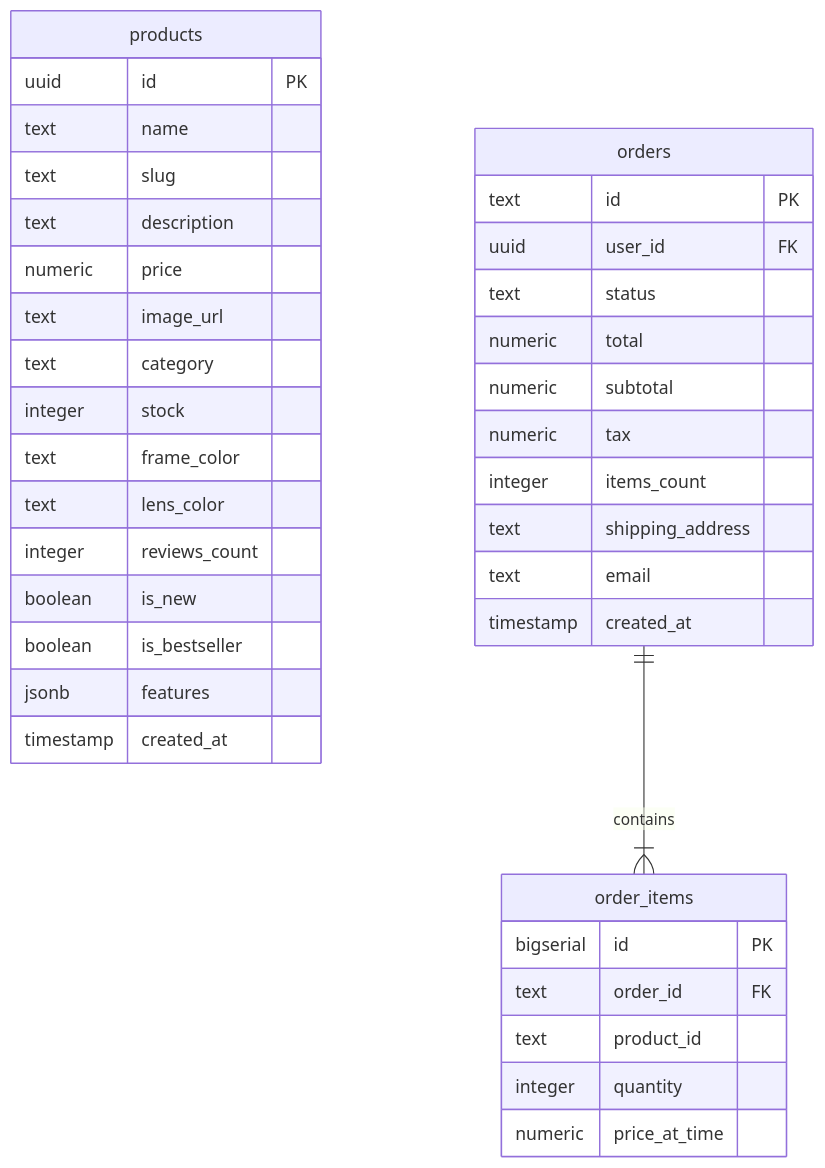
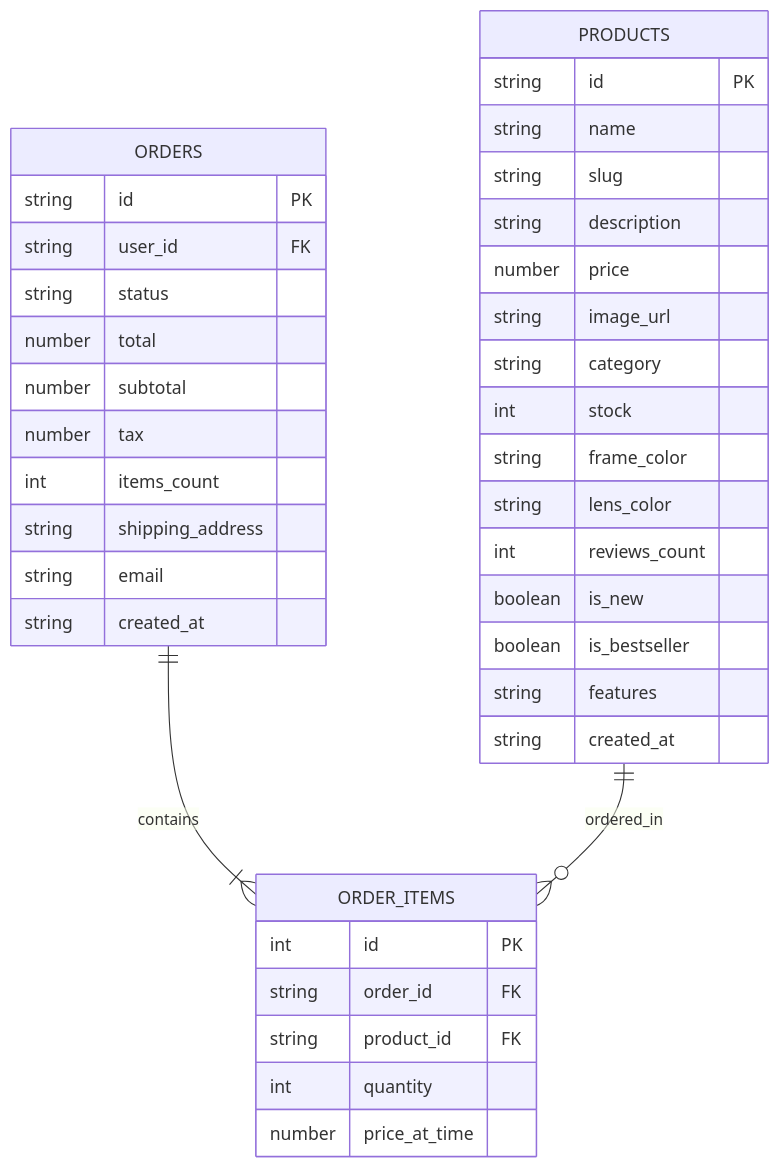
The diagram in README.md (Yemmmyc/shadevault), drawn with Mermaid before and after one commit.

Commit message:
docs: fix README database diagram

````diff
--- a/README.md
+++ b/README.md
@@ -141,43 +141,44 @@
 ```mermaid
 erDiagram
-    products {
-        uuid id PK
-        text name
-        text slug
-        text description
-        numeric price
-        text image_url
-        text category
-        integer stock
-        text frame_color
-        text lens_color
-        integer reviews_count
+    PRODUCTS {
+        string id PK
+        string name
+        string slug
+        string description
+        number price
+        string image_url
+        string category
+        int stock
+        string frame_color
+        string lens_color
+        int reviews_count
         boolean is_new
         boolean is_bestseller
-        jsonb features
-        timestamp created_at
+        string features
+        string created_at
     }
 
-    orders {
-        text id PK
-        uuid user_id FK
-        text status
-        numeric total
-        numeric subtotal
-        numeric tax
-        integer items_count
-        text shipping_address
-        text email
-        timestamp created_at
+    ORDERS {
+        string id PK
+        string user_id FK
+        string status
+        number total
+        number subtotal
+        number tax
+        int items_count
+        string shipping_address
+        string email
+        string created_at
     }
 
-    order_items {
-        bigserial id PK
-        text order_id FK
-        text product_id
-        integer quantity
-        numeric price_at_time
+    ORDER_ITEMS {
+        int id PK
+        string order_id FK
+        string product_id FK
+        int quantity
+        number price_at_time
     }
 
-    orders ||--|{ order_items : "contains"
+    ORDERS ||--|{ ORDER_ITEMS : contains
+    PRODUCTS ||--o{ ORDER_ITEMS : ordered_in
 ```
````
